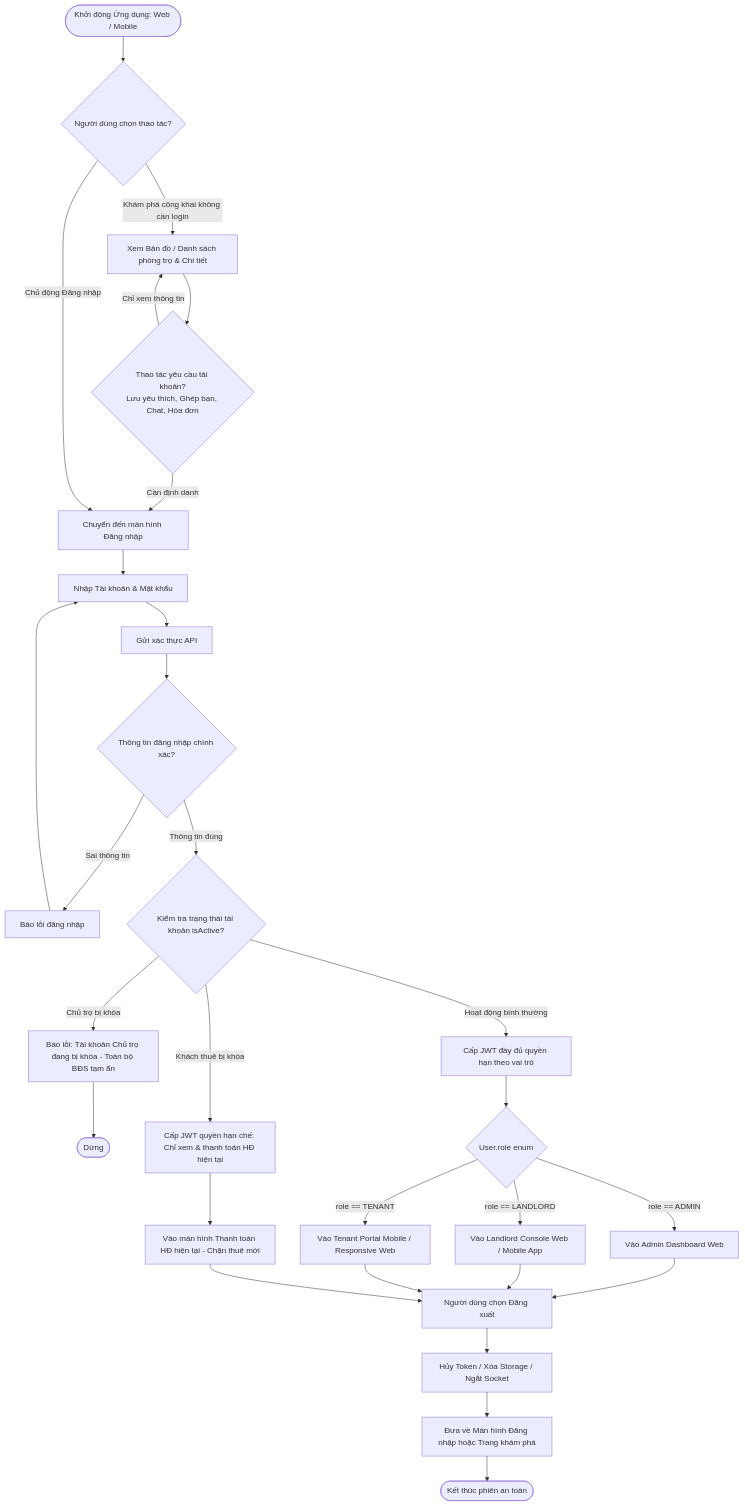
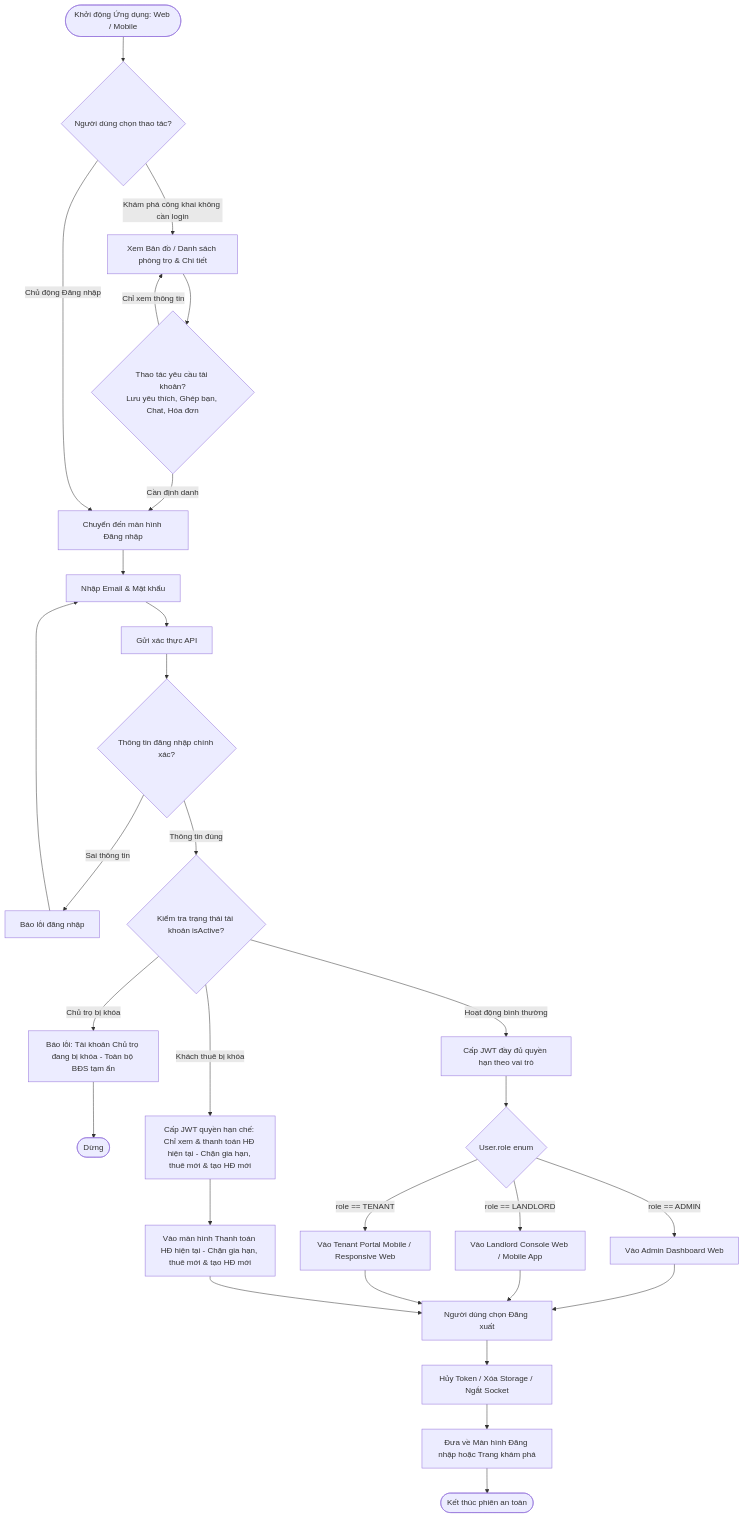
Before and after one commit to pbl6-home-renter/docs: the diagram in phase-1/discovery/user_flow/shared_user_flow.md, drawn with Mermaid. The commit also changed other lines of this file and 6 other files, not shown here.

````diff
--- a/phase-1/discovery/user_flow/shared_user_flow.md
+++ b/phase-1/discovery/user_flow/shared_user_flow.md
@@ -32,43 +32,43 @@
 ```mermaid
 flowchart TD
     AppStart([Khởi động Ứng dụng: Web / Mobile]) --> CheckPublicAction{Người dùng chọn thao tác?}
     
     %% Nhánh 1: Khám phá công khai (Guest)
     CheckPublicAction -->|Khám phá công khai không cần login| GuestBrowse[Xem Bản đồ / Danh sách phòng trọ & Chi tiết]
     GuestBrowse --> NeedProtectedAction{Thao tác yêu cầu tài khoản?<br>Lưu yêu thích, Ghép bạn, Chat, Hóa đơn}
     NeedProtectedAction -->|Chỉ xem thông tin| GuestBrowse
     NeedProtectedAction -->|Cần định danh| TriggerLogin[Chuyển đến màn hình Đăng nhập]
     
     %% Nhánh 2: Chủ động đăng nhập
     CheckPublicAction -->|Chủ động Đăng nhập| TriggerLogin
     
-    TriggerLogin --> InputCreds[Nhập Tài khoản & Mật khẩu]
+    TriggerLogin --> InputCreds[Nhập Email & Mật khẩu]
     InputCreds --> SubmitAuth[Gửi xác thực API]
     
     SubmitAuth --> ValidateAuth{Thông tin đăng nhập chính xác?}
     ValidateAuth -->|Sai thông tin| ShowAuthErr[Báo lỗi đăng nhập] --> InputCreds
     
     ValidateAuth -->|Thông tin đúng| CheckActive{Kiểm tra trạng thái tài khoản isActive?}
     
     CheckActive -->|Chủ trọ bị khóa| BlockLL[Báo lỗi: Tài khoản Chủ trọ đang bị khóa - Toàn bộ BĐS tạm ẩn] --> EndBlocked([Dừng])
-    CheckActive -->|Khách thuê bị khóa| IssueRestrictedJWT[Cấp JWT quyền hạn chế: Chỉ xem & thanh toán HĐ hiện tại]
+    CheckActive -->|Khách thuê bị khóa| IssueRestrictedJWT[Cấp JWT quyền hạn chế: Chỉ xem & thanh toán HĐ hiện tại - Chặn gia hạn, thuê mới & tạo HĐ mới]
     CheckActive -->|Hoạt động bình thường| IssueNormalJWT[Cấp JWT đầy đủ quyền hạn theo vai trò]
     
     %% Điều hướng theo Role bất biến
     IssueNormalJWT --> RouteByRole{User.role enum}
-    IssueRestrictedJWT --> GoTenantRestricted[Vào màn hình Thanh toán HĐ hiện tại - Chặn thuê mới]
+    IssueRestrictedJWT --> GoTenantRestricted[Vào màn hình Thanh toán HĐ hiện tại - Chặn gia hạn, thuê mới & tạo HĐ mới]
     
     RouteByRole -->|role == ADMIN| GoAdmin[Vào Admin Dashboard Web]
     RouteByRole -->|role == LANDLORD| GoLandlord[Vào Landlord Console Web / Mobile App]
     RouteByRole -->|role == TENANT| GoTenant[Vào Tenant Portal Mobile / Responsive Web]
     
     %% Đăng xuất cho cả 3 vai trò
     GoAdmin --> DoLogout[Người dùng chọn Đăng xuất]
     GoLandlord --> DoLogout
     GoTenant --> DoLogout
     GoTenantRestricted --> DoLogout
     
     DoLogout --> ClearSession[Hủy Token / Xóa Storage / Ngắt Socket]
     ClearSession --> RedirectGuest[Đưa về Màn hình Đăng nhập hoặc Trang khám phá]
     RedirectGuest --> EndSession([Kết thúc phiên an toàn])
 ```
````
